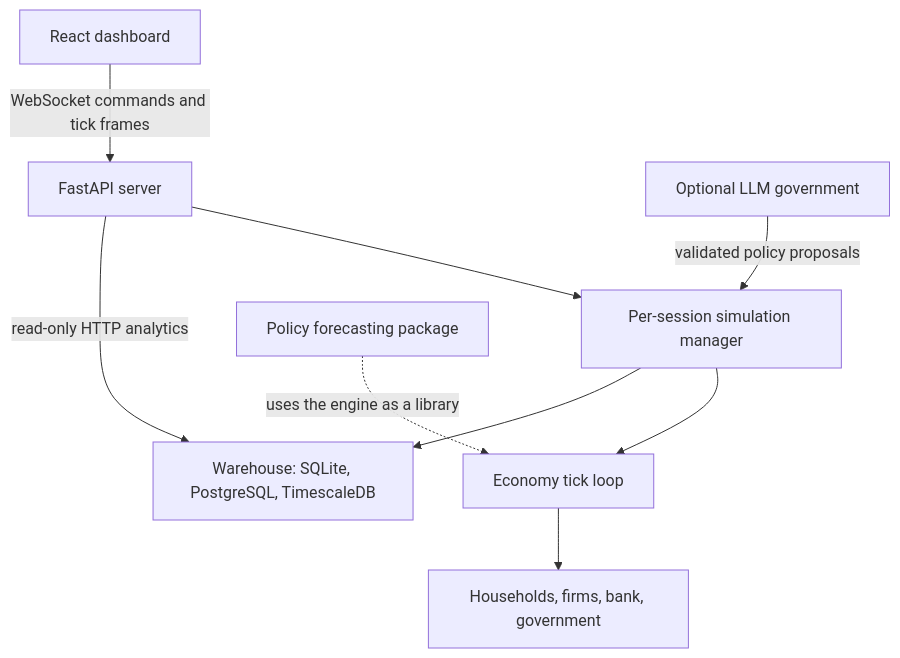
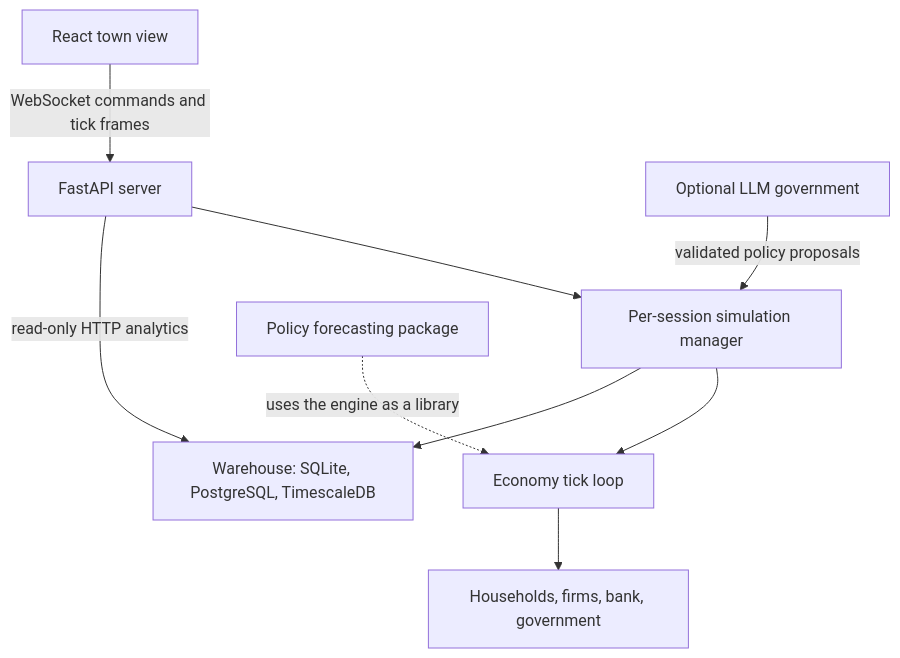
Before and after one commit to AymanCode/EcoSim: the diagram in README.md, drawn with Mermaid. The commit also changed other lines of this file and 4 other files, not shown here.

First line of the commit message:
docs(readme): present the town view with new screenshots

````diff
--- a/README.md
+++ b/README.md
@@ -106,11 +109,11 @@
 ```mermaid
 flowchart TD
-  UI["React dashboard"] -->|WebSocket commands and tick frames| API["FastAPI server"]
+  UI["React town view"] -->|WebSocket commands and tick frames| API["FastAPI server"]
   API --> SM["Per-session simulation manager"]
   SM --> ECO["Economy tick loop"]
   ECO --> AG["Households, firms, bank, government"]
   SM --> WH["Warehouse: SQLite, PostgreSQL, TimescaleDB"]
   API -->|read-only HTTP analytics| WH
   LLM["Optional LLM government"] -->|validated policy proposals| SM
   PF["Policy forecasting package"] -.->|uses the engine as a library| ECO
 ```
````
